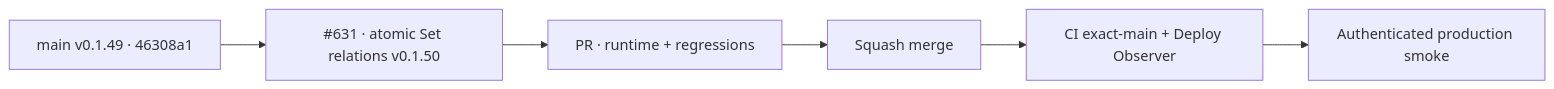
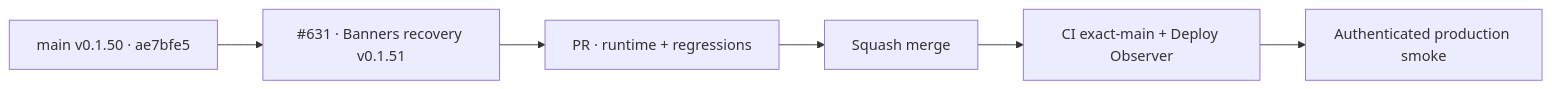
One commit to pl0n3r/brvtal changed the diagram in README.md. Above: the diagram before and after it, drawn with Mermaid. The commit also changed other lines of this file and 6 other files, not shown here.

````diff
--- a/README.md
+++ b/README.md
@@ -50,6 +50,6 @@
 ```mermaid
 flowchart LR
- B["main v0.1.49 · 46308a1"] --> F["#631 · atomic Set relations v0.1.50"]
+ B["main v0.1.50 · ae7bfe5"] --> F["#631 · Banners recovery v0.1.51"]
  F --> P["PR · runtime + regressions"] --> M["Squash merge"]
  M --> C["CI exact-main + Deploy Observer"] --> S["Authenticated production smoke"]
 ```
````
